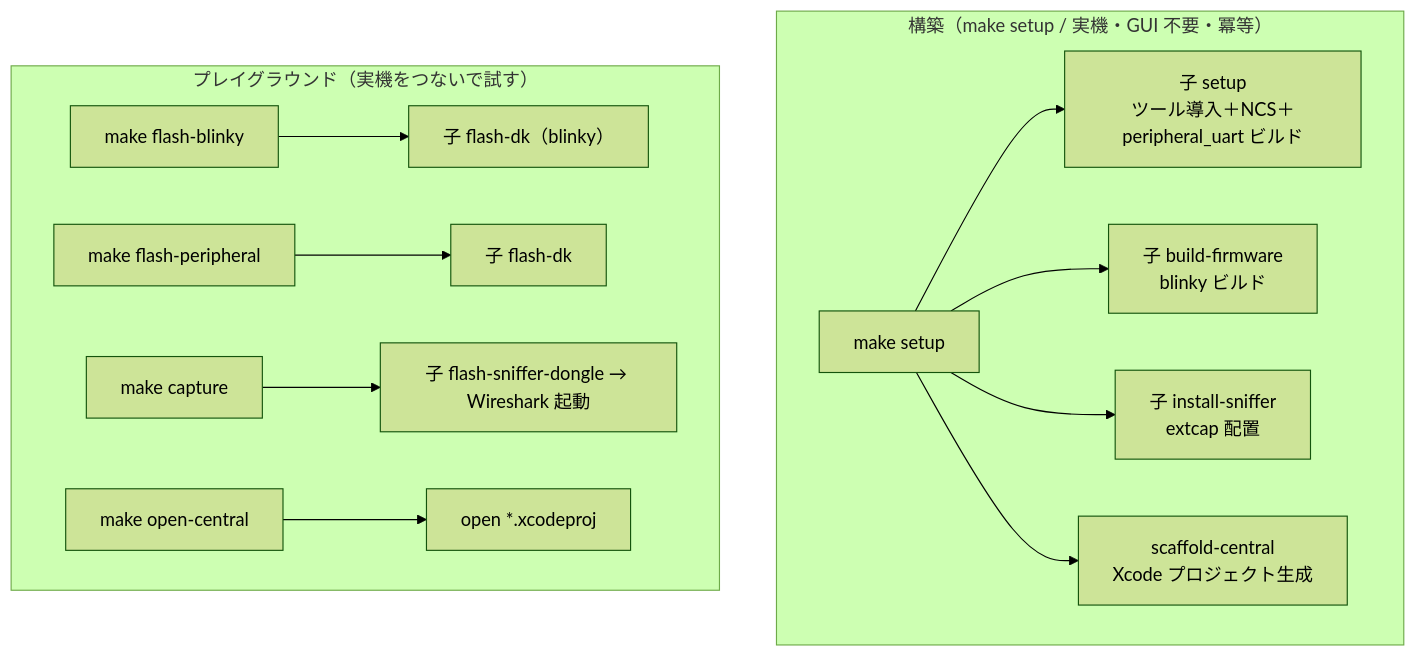
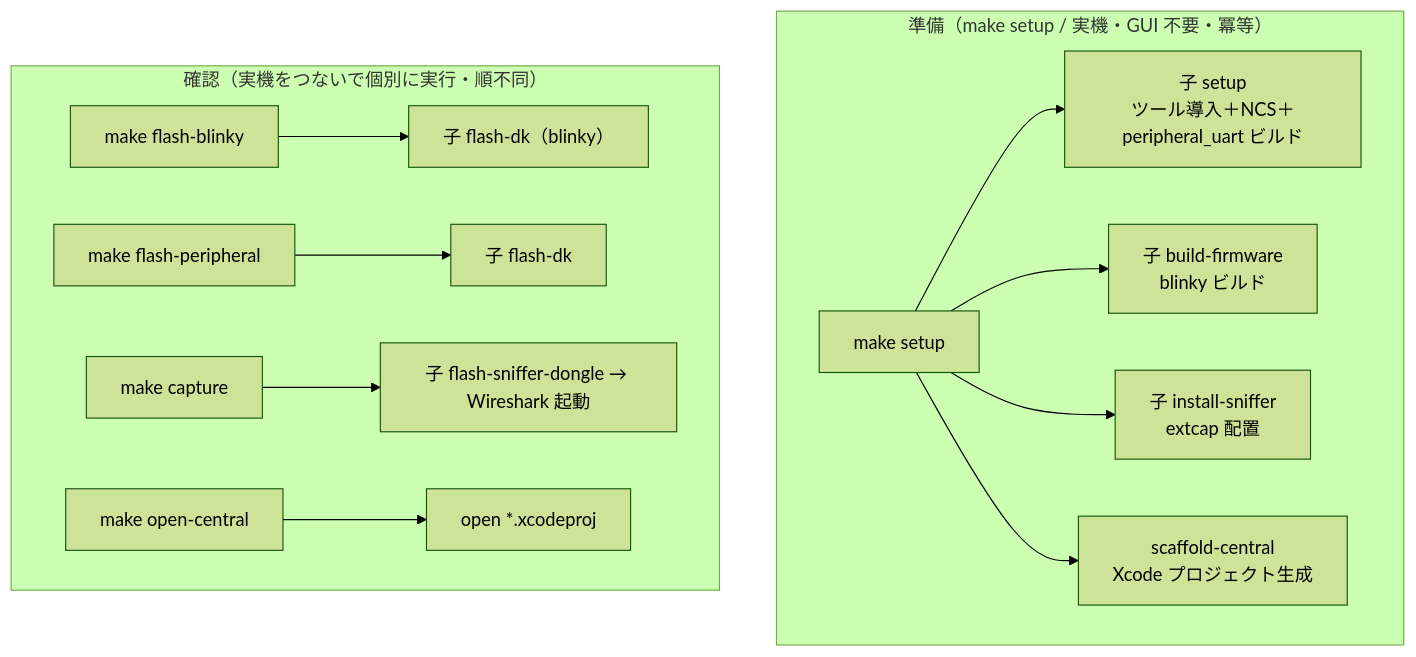
Before and after one commit to kokiTakashiki/CoreBluetoothDevelopmentBootstrap: the fourth of 4 diagrams in docs/DESIGN-001.md, drawn with Mermaid (forest theme). The commit also changed other lines of this file and 3 other files, not shown here.

````diff
--- a/docs/DESIGN-001.md
+++ b/docs/DESIGN-001.md
@@ -233,17 +241,17 @@
 ```mermaid
 graph TD
-    subgraph build["構築（make setup / 実機・GUI 不要・冪等）"]
+    subgraph build["準備（make setup / 実機・GUI 不要・冪等）"]
         setup["make setup"]
         setup --> s1["子 setup<br/>ツール導入＋NCS＋peripheral_uart ビルド"]
         setup --> s2["子 build-firmware<br/>blinky ビルド"]
         setup --> s3["子 install-sniffer<br/>extcap 配置"]
         setup --> s4["scaffold-central<br/>Xcode プロジェクト生成"]
     end
 
-    subgraph play["プレイグラウンド（実機をつないで試す）"]
+    subgraph play["確認（実機をつないで個別に実行・順不同）"]
         fb["make flash-blinky"] --> p1["子 flash-dk（blinky）"]
         fp["make flash-peripheral"] --> p2["子 flash-dk"]
         cap["make capture"] --> p3["子 flash-sniffer-dongle → Wireshark 起動"]
         oc["make open-central"] --> p4["open *.xcodeproj"]
     end
 ```
````
